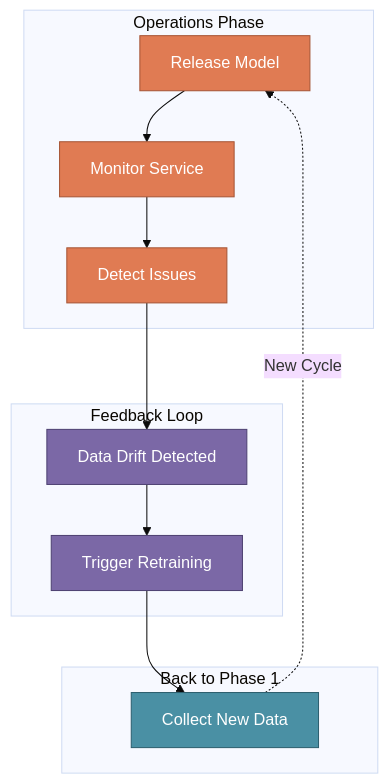
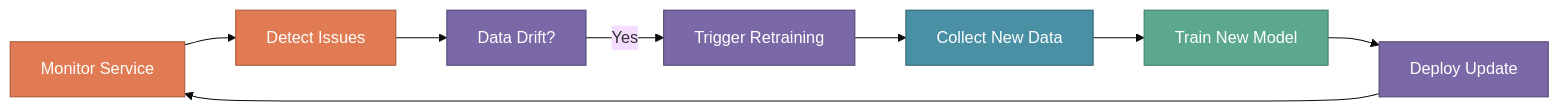
One commit to vinaykagithapu/vinay.github.io changed the second of 2 diagrams in docs/mlops/mlops-fundamentals/4-mlops-lifecycle.md. Above: the diagram before and after it, drawn with Mermaid (base theme). The commit also changed other lines of this file, not shown here.

````diff
--- a/docs/mlops/mlops-fundamentals/4-mlops-lifecycle.md
+++ b/docs/mlops/mlops-fundamentals/4-mlops-lifecycle.md
@@ -355,31 +175,18 @@
 ```mermaid
-flowchart TB
-    subgraph ops[Operations Phase]
-        RELEASE[Release Model]
-        MONITOR[Monitor Service]
-        DETECT[Detect Issues]
-    end
+flowchart LR
+    MONITOR[Monitor Service] --> DETECT[Detect Issues]
+    DETECT --> DRIFT[Data Drift?]
+    DRIFT -->|Yes| RETRAIN[Trigger Retraining]
+    RETRAIN --> NEWDATA[Collect New Data]
+    NEWDATA --> TRAIN[Train New Model]
+    TRAIN --> DEPLOY[Deploy Update]
+    DEPLOY --> MONITOR
     
-    subgraph feedback[Feedback Loop]
-        DRIFT[Data Drift Detected]
-        RETRAIN[Trigger Retraining]
-    end
-    
-    subgraph restart[Back to Phase 1]
-        NEWDATA[Collect New Data]
-    end
-    
-    RELEASE --> MONITOR
-    MONITOR --> DETECT
-    DETECT --> DRIFT
-    DRIFT --> RETRAIN
-    RETRAIN --> NEWDATA
-    NEWDATA -.->|New Cycle| RELEASE
-    
-    style RELEASE fill:#E07B53,stroke:#A65535,color:#fff
     style MONITOR fill:#E07B53,stroke:#A65535,color:#fff
     style DETECT fill:#E07B53,stroke:#A65535,color:#fff
     style DRIFT fill:#7B68A6,stroke:#4E4272,color:#fff
     style RETRAIN fill:#7B68A6,stroke:#4E4272,color:#fff
     style NEWDATA fill:#4A90A4,stroke:#2C5F6E,color:#fff
+    style TRAIN fill:#5BA88F,stroke:#3D7A62,color:#fff
+    style DEPLOY fill:#7B68A6,stroke:#4E4272,color:#fff
 ```
````
